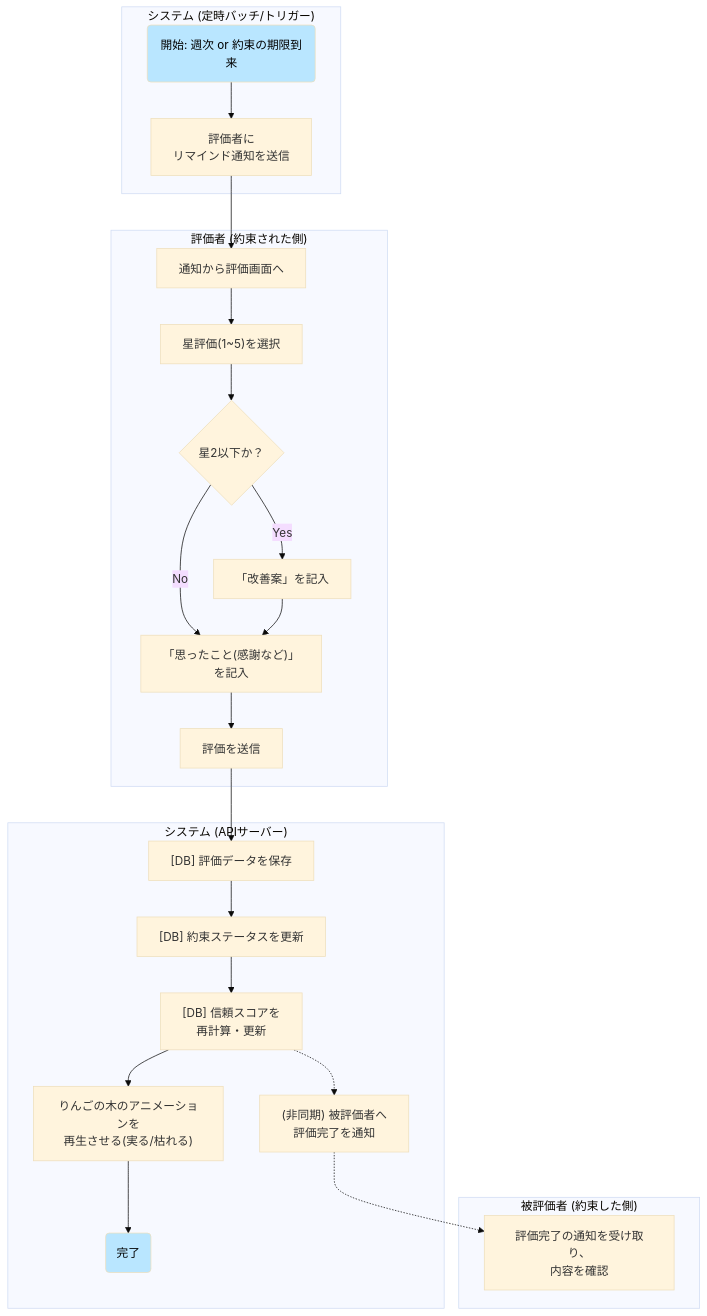
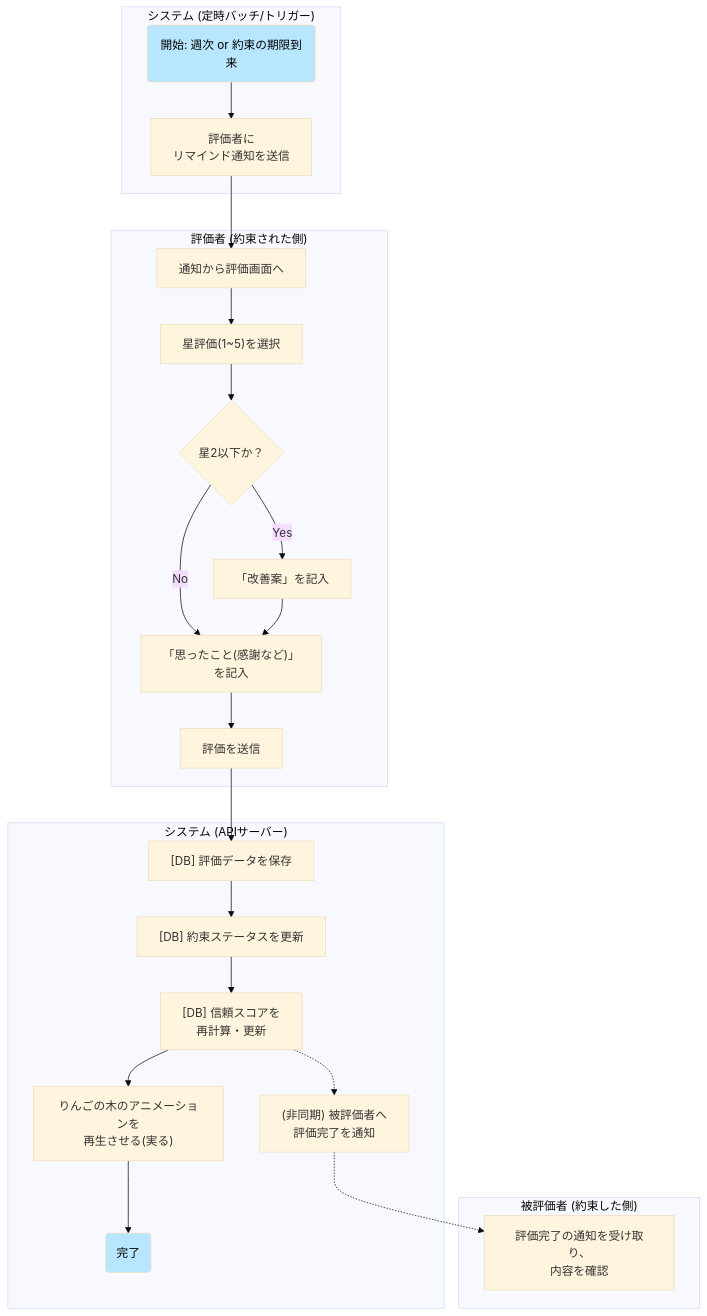
The third of 7 diagrams in README.md (compile425/yubikirigennmann), drawn with Mermaid (base theme) before and after one commit. The commit also changed other lines of this file, not shown here.

````diff
--- a/README.md
+++ b/README.md
@@ -72,30 +71,30 @@
 ```mermaid
 
 graph TD
     subgraph "システム (定時バッチ/トリガー)"
         T1("開始: 週次 or 約束の期限到来") --> T2["評価者に<br>リマインド通知を送信"]
     end
 
     subgraph "評価者 (約束された側)"
         T2 --> U1["通知から評価画面へ"]
         U1 --> U2["星評価(1~5)を選択"]
         U2 --> D1{"星2以下か？"}
         D1 -- No --> U4["「思ったこと(感謝など)」<br>を記入"]
         D1 -- Yes --> U3["「改善案」を記入"] --> U4
         U4 --> U5["評価を送信"]
     end
 
     subgraph "システム (APIサーバー)"
         U5 --> S1["[DB] 評価データを保存"] --> S2["[DB] 約束ステータスを更新"] --> S3["[DB] 信頼スコアを<br>再計算・更新"]
-        S3 --> S4["りんごの木のアニメーションを<br>再生させる(実る/枯れる)"]
+        S3 --> S4["りんごの木のアニメーションを<br>再生させる(実る)"]
         S3 -.-> S5["(非同期) 被評価者へ<br>評価完了を通知"]
         S4 --> C1("完了")
     end
 
     subgraph "被評価者 (約束した側)"
         S5 -.-> E1["評価完了の通知を受け取り、<br>内容を確認"]
     end
 
     style T1 fill:#B9E6FF,color:#000
     style C1 fill:#B9E6FF,color:#000
 ```
````
